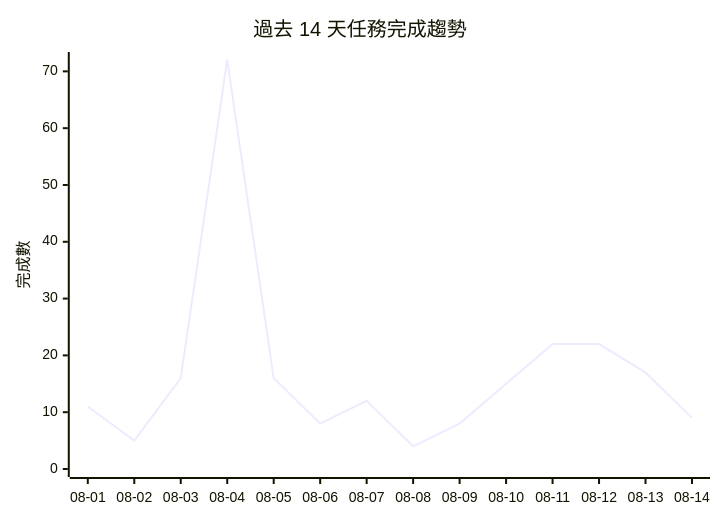
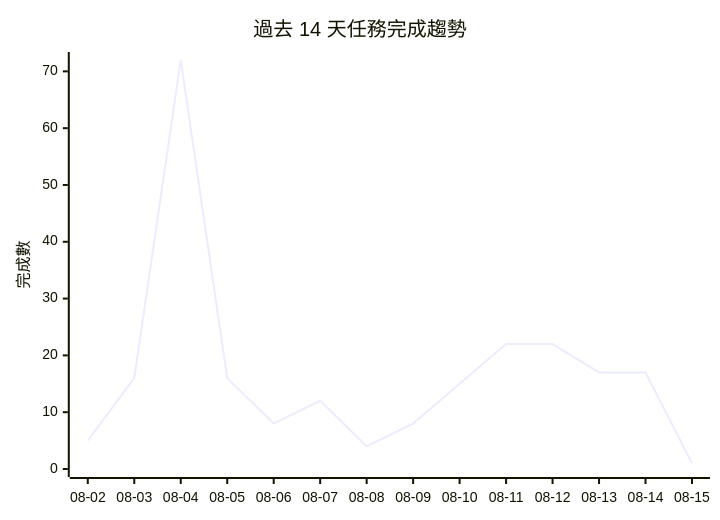
One commit to gentoobreaking/ai-tasks changed the diagram in PROJECTS.md. Above: the diagram before and after it, drawn with Mermaid. The commit also changed other lines of this file and 79 other files, not shown here.

````diff
--- a/PROJECTS.md
+++ b/PROJECTS.md
@@ -144,7 +149,7 @@
 ```mermaid
 xychart-beta
     title "過去 14 天任務完成趨勢"
-    x-axis ["08-01", "08-02", "08-03", "08-04", "08-05", "08-06", "08-07", "08-08", "08-09", "08-10", "08-11", "08-12", "08-13", "08-14"]
+    x-axis ["08-02", "08-03", "08-04", "08-05", "08-06", "08-07", "08-08", "08-09", "08-10", "08-11", "08-12", "08-13", "08-14", "08-15"]
     y-axis "完成數" 0 --> 72
-    line [11, 5, 16, 72, 16, 8, 12, 4, 8, 15, 22, 22, 17, 9]
+    line [5, 16, 72, 16, 8, 12, 4, 8, 15, 22, 22, 17, 17, 1]
 ```
````
